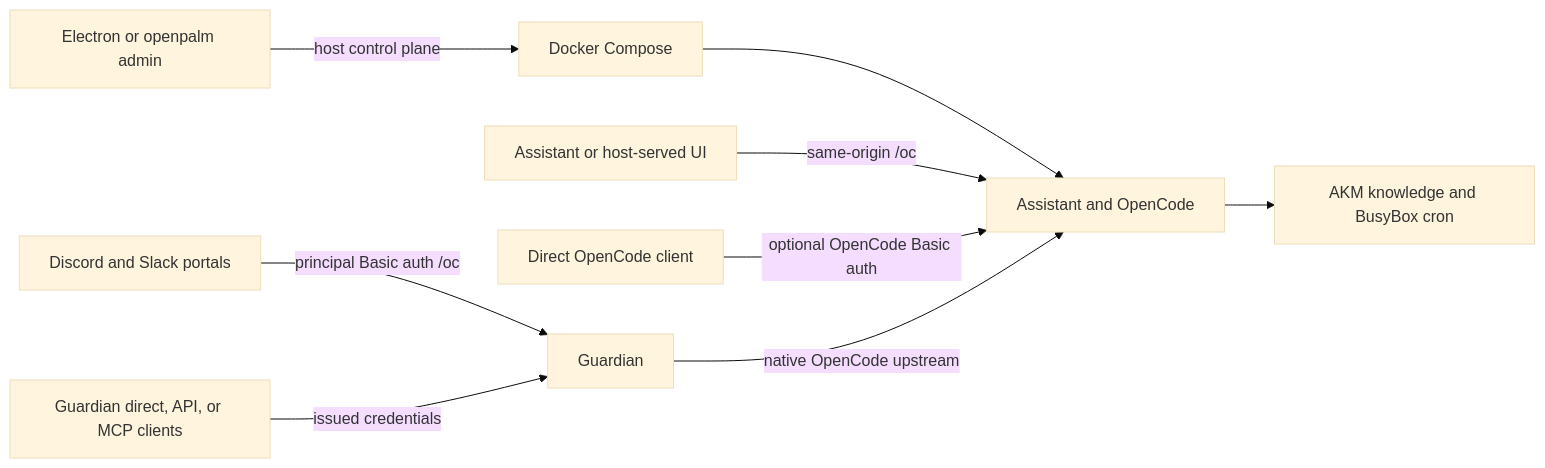
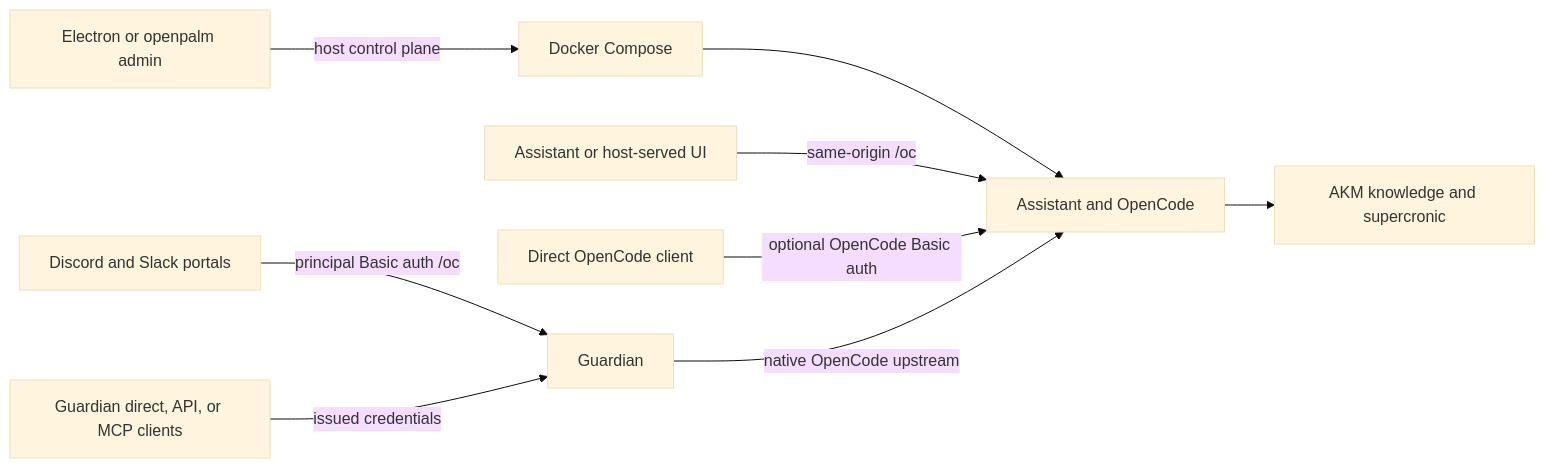
The diagram in README.md (itlackey/openpalm), drawn with Mermaid (base theme) before and after one commit. The commit also changed 15 other files, not shown here.

````diff
--- a/README.md
+++ b/README.md
@@ -163,11 +163,11 @@
 ```mermaid
 flowchart LR
   Admin[Electron or openpalm admin] -->|host control plane| Compose[Docker Compose]
   Compose --> Assistant[Assistant and OpenCode]
   UI[Assistant or host-served UI] -->|same-origin /oc| Assistant
   Direct[Direct OpenCode client] -->|optional OpenCode Basic auth| Assistant
   Portals[Discord and Slack portals] -->|principal Basic auth /oc| Guardian
   Clients[Guardian direct, API, or MCP clients] -->|issued credentials| Guardian
   Guardian -->|native OpenCode upstream| Assistant
-  Assistant --> AKM[AKM knowledge and BusyBox cron]
+  Assistant --> AKM[AKM knowledge and supercronic]
 ```
````
